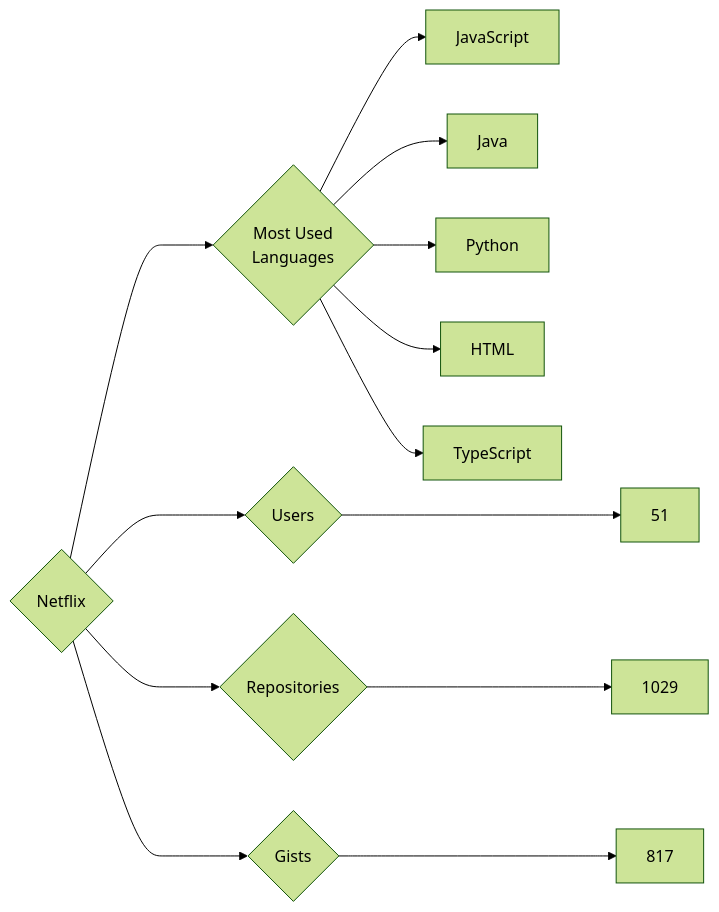
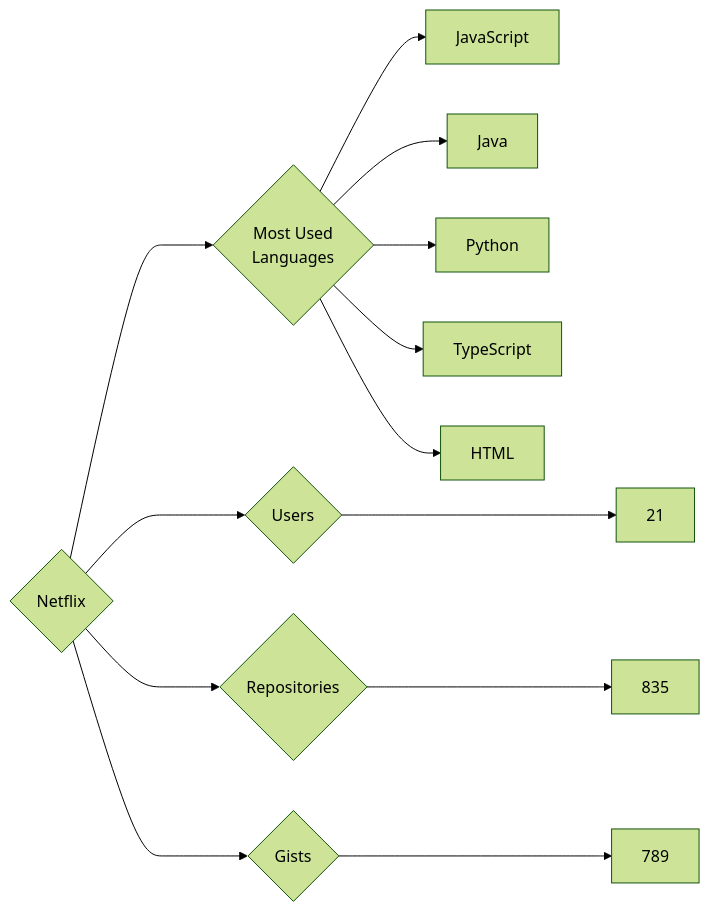
The diagram in targets/Netflix/README.md (trickest/insiders), drawn with Mermaid (forest theme) before and after one commit. The commit also changed 928 other files, not shown here.

````diff
--- a/targets/Netflix/README.md
+++ b/targets/Netflix/README.md
@@ -3,13 +3,13 @@
 ```mermaid
 graph LR
 COMPANY_NAME{Netflix}
-COMPANY_NAME ---> U{Users} ---> UN[51]
-COMPANY_NAME ---> R{Repositories} ---> RN[1029]
-COMPANY_NAME ---> G{Gists} ---> GN[817]
+COMPANY_NAME ---> U{Users} ---> UN[21]
+COMPANY_NAME ---> R{Repositories} ---> RN[835]
+COMPANY_NAME ---> G{Gists} ---> GN[789]
 COMPANY_NAME ---> ML{Most Used<br>Languages}
 ML --> JavaScript[JavaScript]
 ML --> Java[Java]
 ML --> Python[Python]
+ML --> TypeScript[TypeScript]
 ML --> HTML[HTML]
-ML --> TypeScript[TypeScript]
 ```
````
